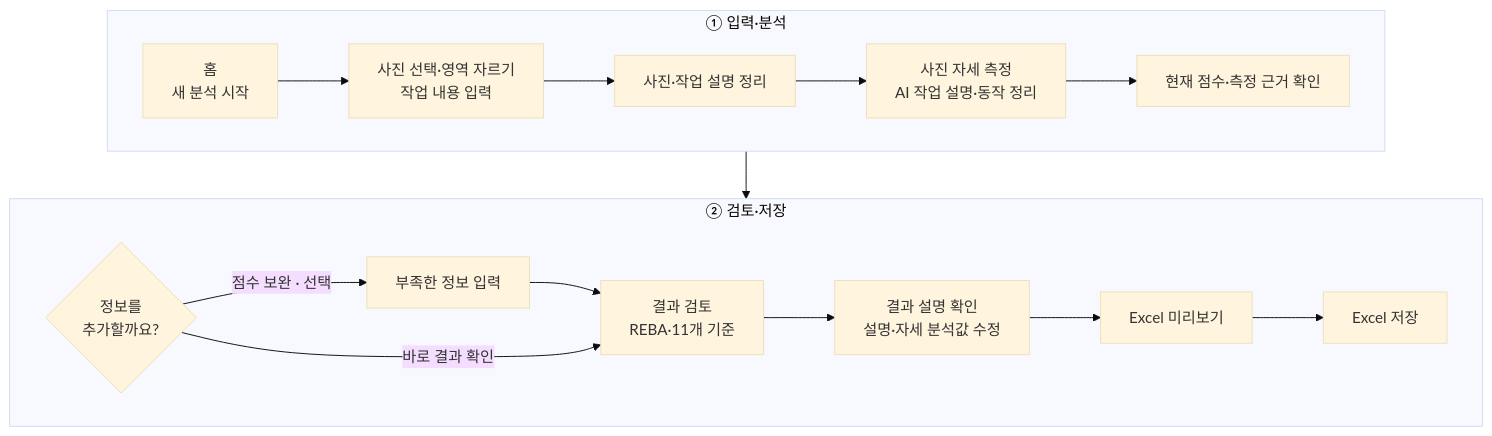
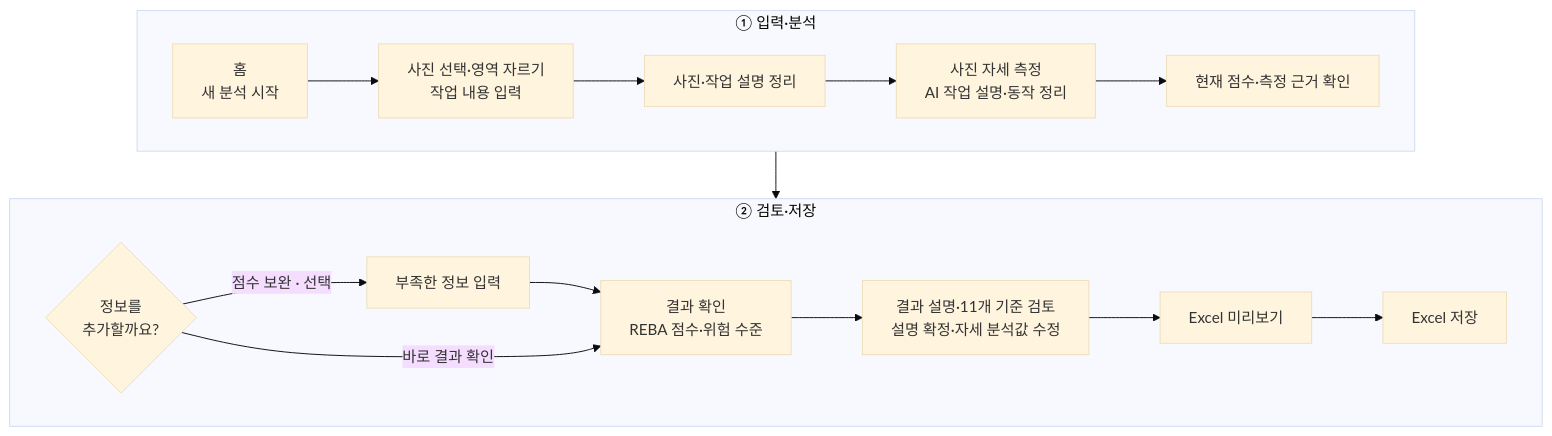
One commit to LOCO-KOREA/LOCO changed the diagram in README.md. Above: the diagram before and after it, drawn with Mermaid (base theme). The commit also changed other lines of this file, not shown here.

````diff
--- a/README.md
+++ b/README.md
@@ -104,23 +76,23 @@
 ```mermaid
 flowchart TB
     subgraph ROW1["① 입력·분석"]
         direction LR
         A["홈<br/>새 분석 시작"] --> B["사진 선택·영역 자르기<br/>작업 내용 입력"]
         B --> C["사진·작업 설명 정리"]
         C --> D["사진 자세 측정<br/>AI 작업 설명·동작 정리"]
         D --> E["현재 점수·측정 근거 확인"]
     end
 
     subgraph ROW2["② 검토·저장"]
         direction LR
         F{"정보를<br/>추가할까요?"}
         F -- "점수 보완 · 선택" --> G["부족한 정보 입력"]
-        G --> H["결과 검토<br/>REBA·11개 기준"]
+        G --> H["결과 확인<br/>REBA 점수·위험 수준"]
         F -- "바로 결과 확인" --> H
-        H --> I["결과 설명 확인<br/>설명·자세 분석값 수정"]
+        H --> I["결과 설명·11개 기준 검토<br/>설명 확정·자세 분석값 수정"]
         I --> J["Excel 미리보기"]
         J --> K["Excel 저장"]
     end
 
     ROW1 --> ROW2
 ```
````
